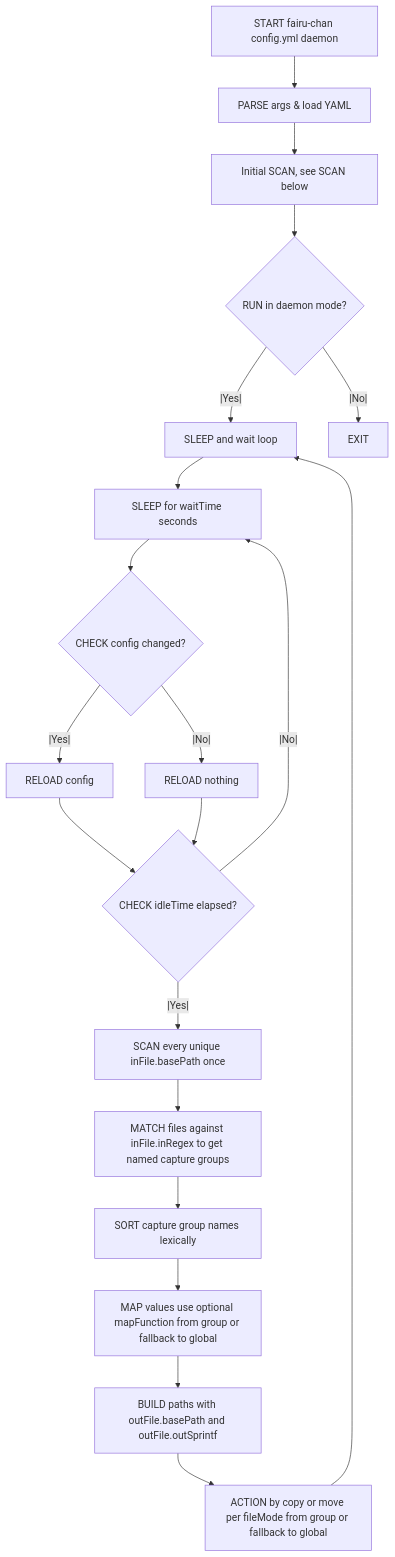
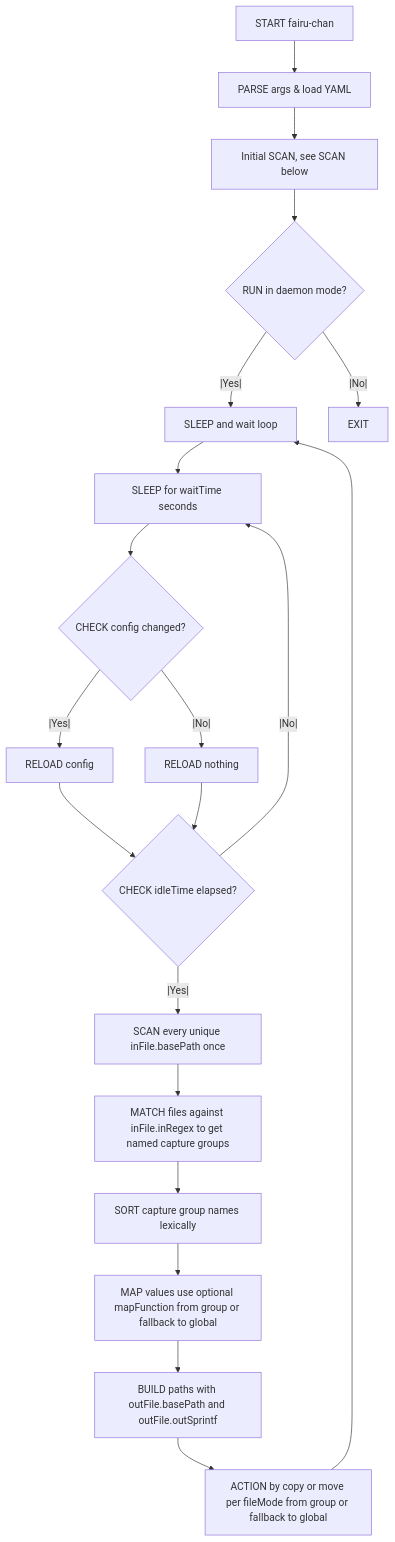
One commit to justinnamilee/fairu-chan changed the diagram in README.md. Above: the diagram before and after it, drawn with Mermaid. The commit also changed other lines of this file, not shown here.

````diff
--- a/README.md
+++ b/README.md
@@ -37,25 +35,25 @@
 ```mermaid
 
 graph TD
-  A[START fairu-chan config.yml daemon] --> B[PARSE args & load YAML]
+  A[START fairu-chan] --> B[PARSE args & load YAML]
   B --> C[Initial SCAN, see SCAN below]
   C --> D{RUN in daemon mode?}
   D --|Yes|--> E[SLEEP and wait loop]
   D --|No|--> F[EXIT]
   E --> G[SLEEP for waitTime seconds]
   G --> H{CHECK config changed?}
   H --|Yes|--> I[RELOAD config]
   H --|No|--> J[RELOAD nothing]
   I --> K{CHECK idleTime elapsed?}
   J --> K
   K --|No|--> G
   K --|Yes|--> L[SCAN every unique inFile.basePath once]
   L --> M[MATCH files against inFile.inRegex to get named capture groups]
   M --> N[SORT capture group names lexically]
   N --> O[MAP values use optional mapFunction from group or fallback to global]
   O --> P[BUILD paths with outFile.basePath and outFile.outSprintf]
   P --> Q[ACTION by copy or move per fileMode from group or fallback to global]
   Q --> E
 
 
 ```
````
